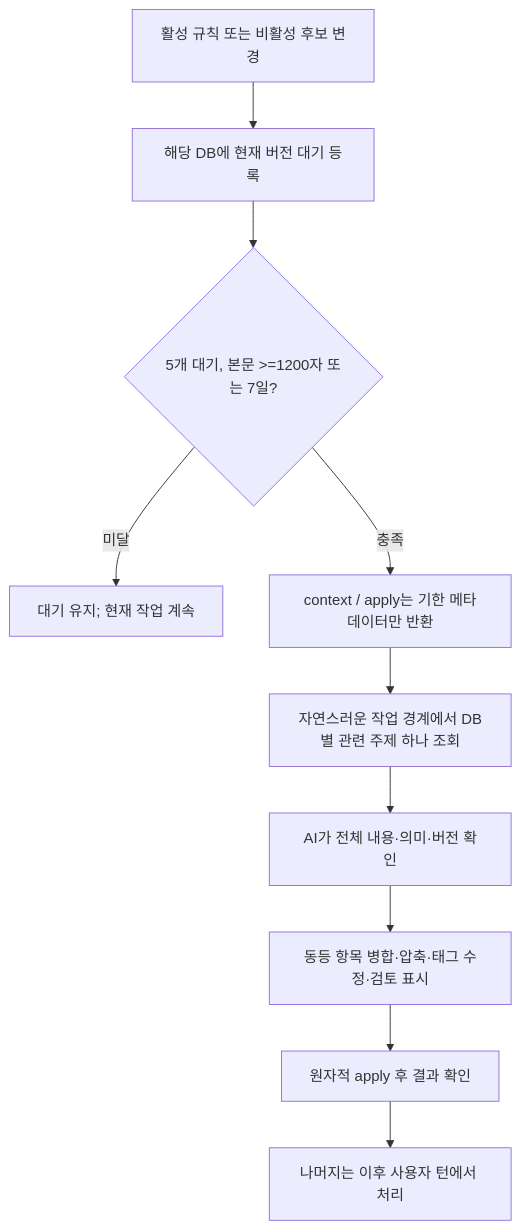
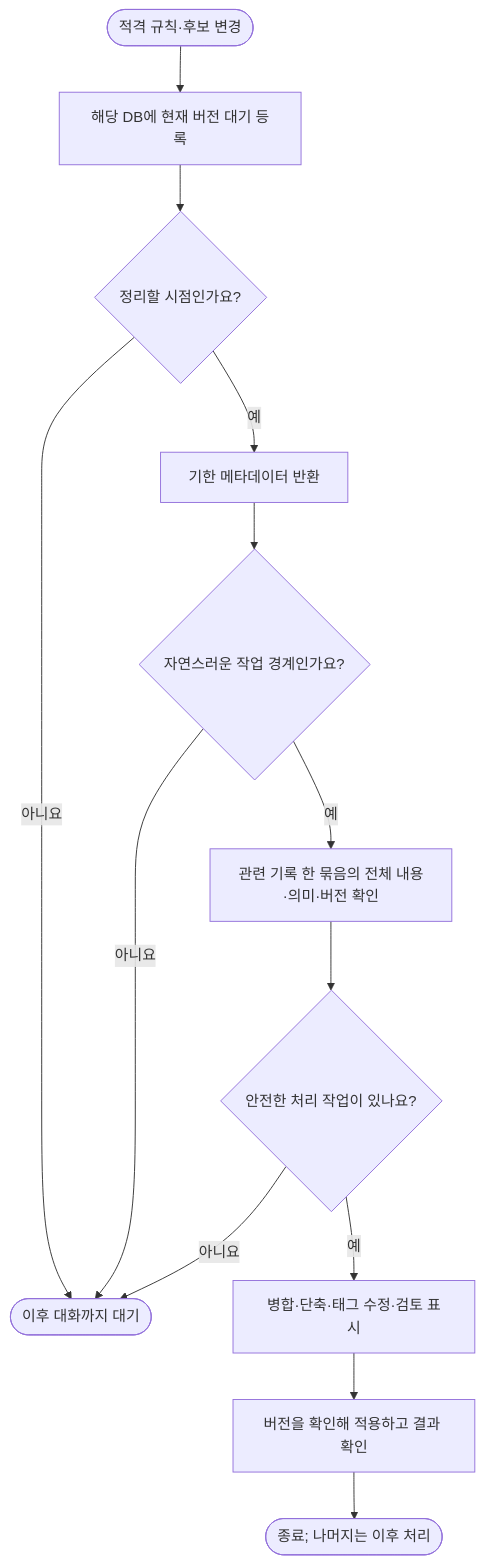
The third of 3 diagrams in docs/readme/README.ko.md (chrisstarr7/dev-memory), drawn with Mermaid before and after one commit. The commit also changed other lines of this file and 6 other files, not shown here.

````diff
--- a/docs/readme/README.ko.md
+++ b/docs/readme/README.ko.md
@@ -118,12 +120,15 @@
 ```mermaid
 flowchart TD
-    C["활성 규칙 또는 비활성 후보 변경"] --> Q["해당 DB에 현재 버전 대기 등록"]
-    Q --> D{"5개 대기, 본문 >=1200자 또는 7일?"}
-    D -- "미달" --> N["대기 유지; 현재 작업 계속"]
-    D -- "충족" --> M["context / apply는 기한 메타데이터만 반환"]
-    M --> B["자연스러운 작업 경계에서 DB별 관련 주제 하나 조회"]
-    B --> R["AI가 전체 내용·의미·버전 확인"]
-    R --> A["동등 항목 병합·압축·태그 수정·검토 표시"]
-    A --> K["원자적 apply 후 결과 확인"]
-    K --> T["나머지는 이후 사용자 턴에서 처리"]
+    C(["적격 규칙·후보 변경"]) --> Q["해당 DB에 현재 버전 대기 등록"]
+    Q --> D{"정리할 시점인가요?"}
+    D -- "아니요" --> N(["이후 대화까지 대기"])
+    D -- "예" --> M["기한 메타데이터 반환"]
+    M --> B{"자연스러운 작업 경계인가요?"}
+    B -- "아니요" --> N
+    B -- "예" --> R["관련 기록 한 묶음의 전체 내용·의미·버전 확인"]
+    R --> G{"안전한 처리 작업이 있나요?"}
+    G -- "아니요" --> N
+    G -- "예" --> A["병합·단축·태그 수정·검토 표시"]
+    A --> K["버전을 확인해 적용하고 결과 확인"]
+    K --> T(["종료; 나머지는 이후 처리"])
 ```
````
